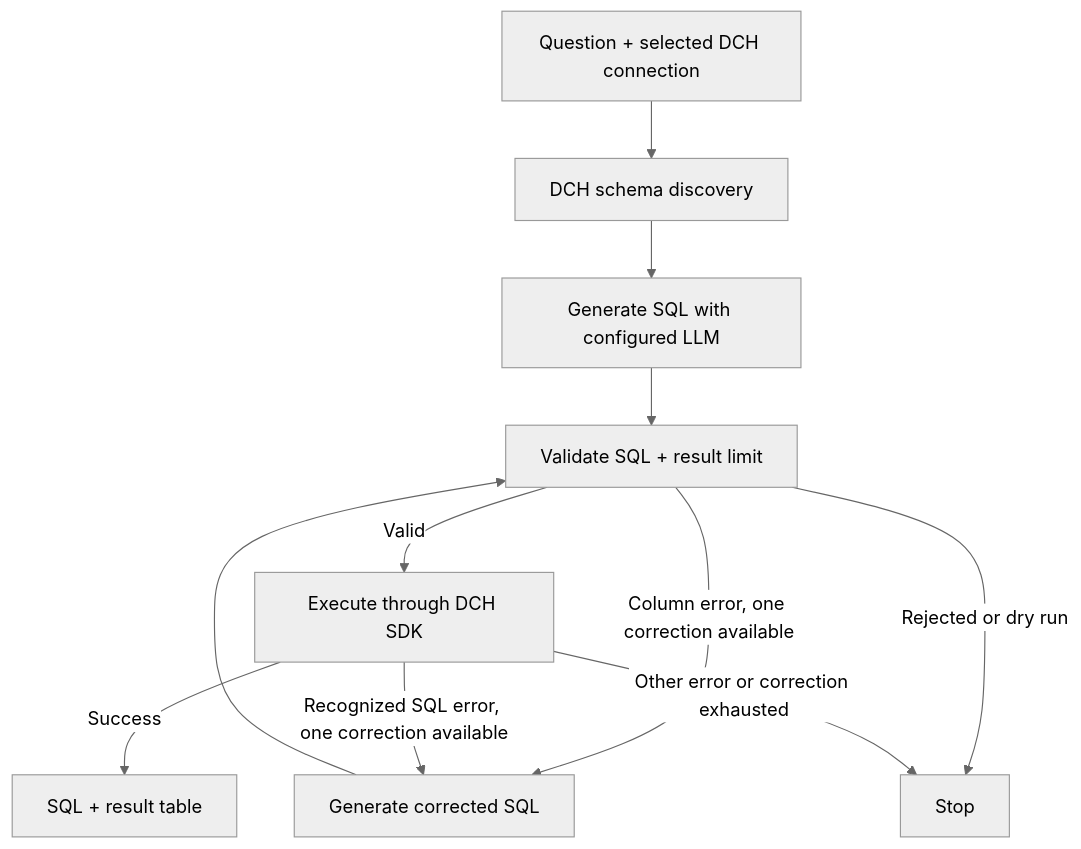
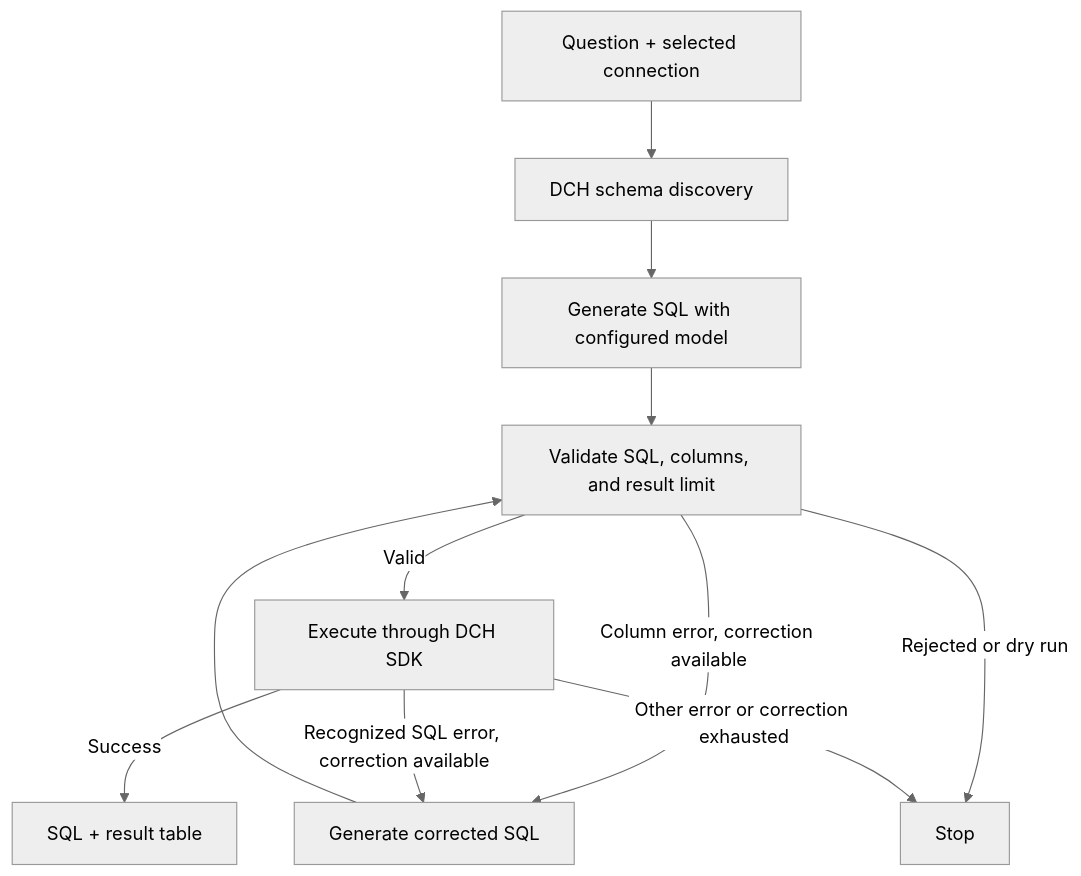
Before and after one commit to LukaszCmielowski/nlsql: the diagram in README.md, drawn with Mermaid (neutral theme). The commit also changed other lines of this file, not shown here.

````diff
--- a/README.md
+++ b/README.md
@@ -5,13 +256,13 @@
 ```mermaid
 flowchart TD
-    Q[Question + selected DCH connection] --> S[DCH schema discovery]
-    S --> G[Generate SQL with configured LLM]
-    G --> V[Validate SQL + result limit]
+    Q[Question + selected connection] --> S[DCH schema discovery]
+    S --> G[Generate SQL with configured model]
+    G --> V[Validate SQL, columns, and result limit]
     V -->|Valid| E[Execute through DCH SDK]
-    V -->|Column error, one correction available| C[Generate corrected SQL]
+    V -->|Column error, correction available| C[Generate corrected SQL]
     V -->|Rejected or dry run| Stop[Stop]
     E -->|Success| R[SQL + result table]
-    E -->|Recognized SQL error, one correction available| C
+    E -->|Recognized SQL error, correction available| C
     C --> V
     E -->|Other error or correction exhausted| Stop
 ```
````
